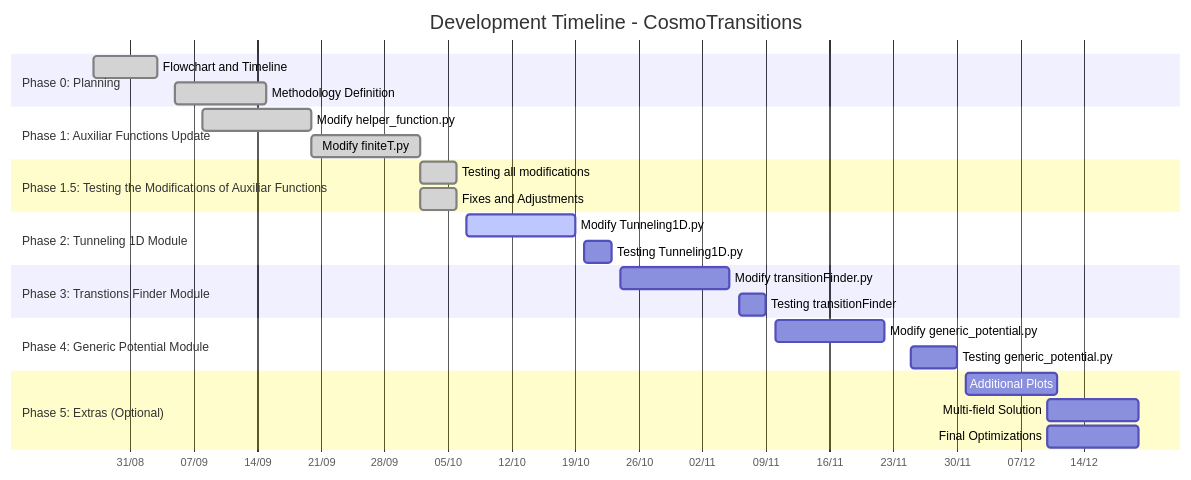
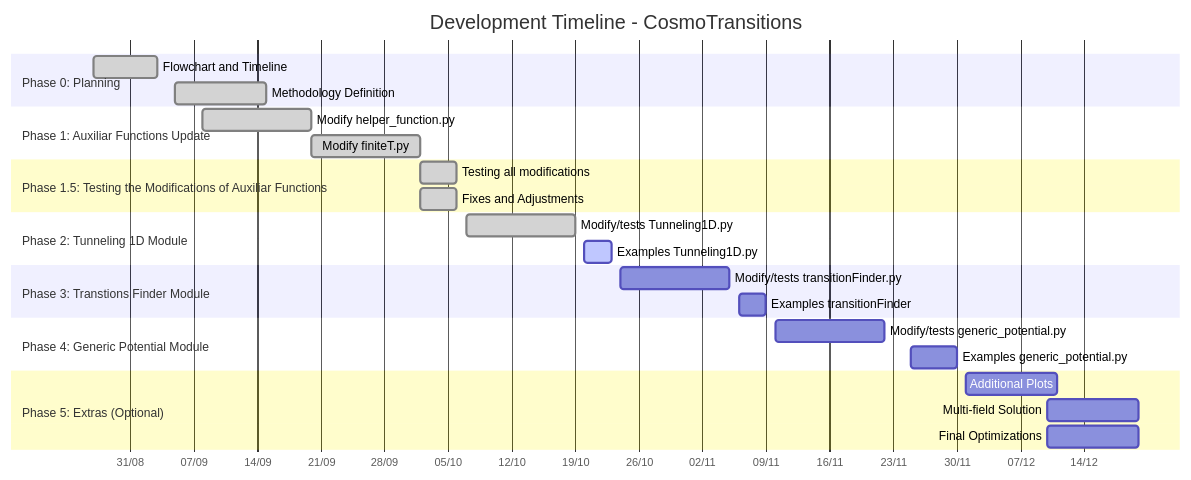
One commit to IgorStellet/GW_FOPT_Simulation changed the first of 2 diagrams in docs/roadmap.md. Above: the diagram before and after it, drawn with Mermaid. The commit also changed other lines of this file and 1 other file, not shown here.

Commit message:
merger with mark_3. First new improvements

````diff
--- a/docs/roadmap.md
+++ b/docs/roadmap.md
@@ -26,36 +26,36 @@
 ```mermaid
 gantt
     %%%%%%%%
     title Development Timeline - CosmoTransitions
     dateFormat  YYYY-MM-DD
     axisFormat  %d/%m
     
     section Phase 0: Planning
     Flowchart and Timeline          :done, 2025-08-27, 7d
     Methodology Definition          :done, 2025-09-05, 10d
     
     section Phase 1: Auxiliar Functions Update
     Modify helper_function.py       :done, 2025-09-08, 12d
     Modify finiteT.py               :done, 2025-09-20, 12d
     
     section Phase 1.5: Testing the Modifications of Auxiliar Functions
     Testing all modifications       :done,2025-10-02, 4d
     Fixes and Adjustments           :done,2025-10-02, 4d
     
     section Phase 2: Tunneling 1D Module
-    Modify Tunneling1D.py           :active,2025-10-07, 12d
-    Testing Tunneling1D.py          :2025-10-20, 3d
+    Modify/tests Tunneling1D.py     :done,2025-10-07, 12d
+    Examples Tunneling1D.py         :active,2025-10-20, 3d
     
     section Phase 3: Transtions Finder Module
-    Modify transitionFinder.py      :2025-10-24, 12d      
-    Testing transitionFinder        :2025-11-06, 3d
+    Modify/tests transitionFinder.py :2025-10-24, 12d      
+    Examples transitionFinder        :2025-11-06, 3d
     
     section Phase 4: Generic Potential Module
-    Modify generic_potential.py     :2025-11-10, 12d
-    Testing generic_potential.py     :2025-11-25, 5d
+    Modify/tests generic_potential.py  :2025-11-10, 12d
+    Examples generic_potential.py      :2025-11-25, 5d
     
     section Phase 5: Extras (Optional)
     Additional Plots                :2025-12-01, 10d
     Multi-field Solution            :2025-12-10, 10d
     Final Optimizations             :2025-12-10, 10d
 ```
````
